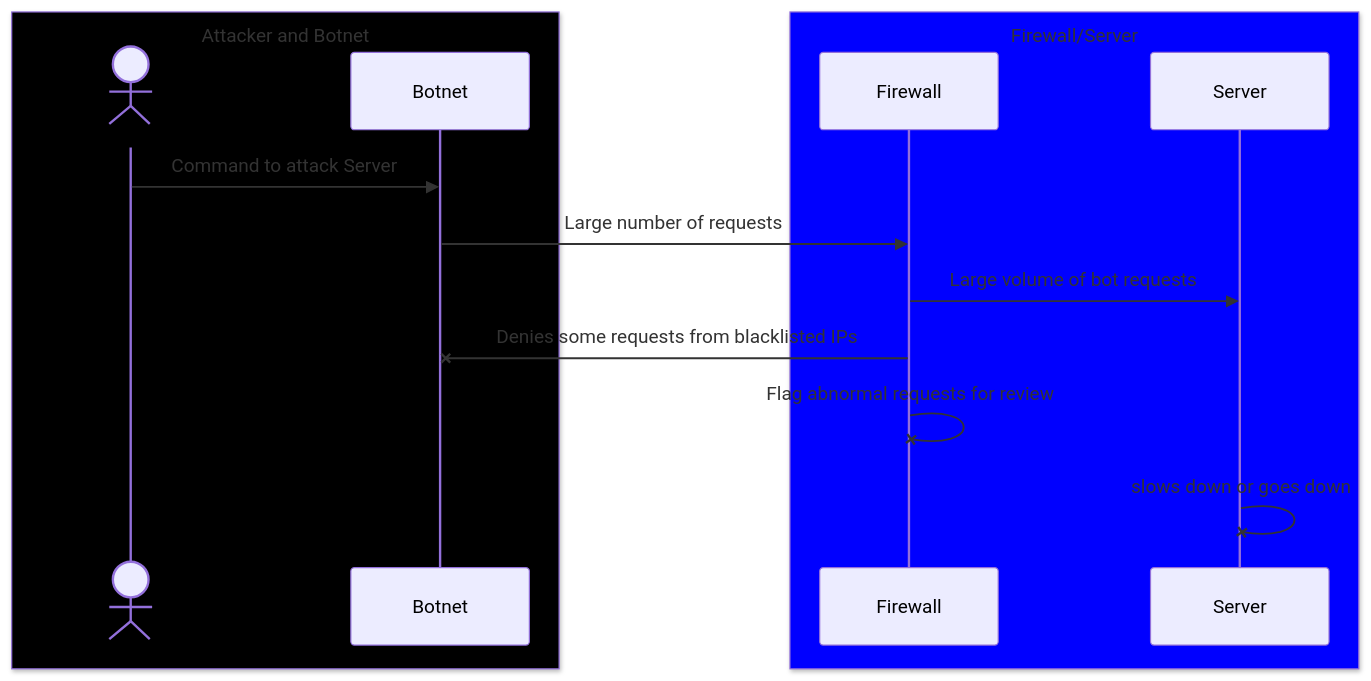
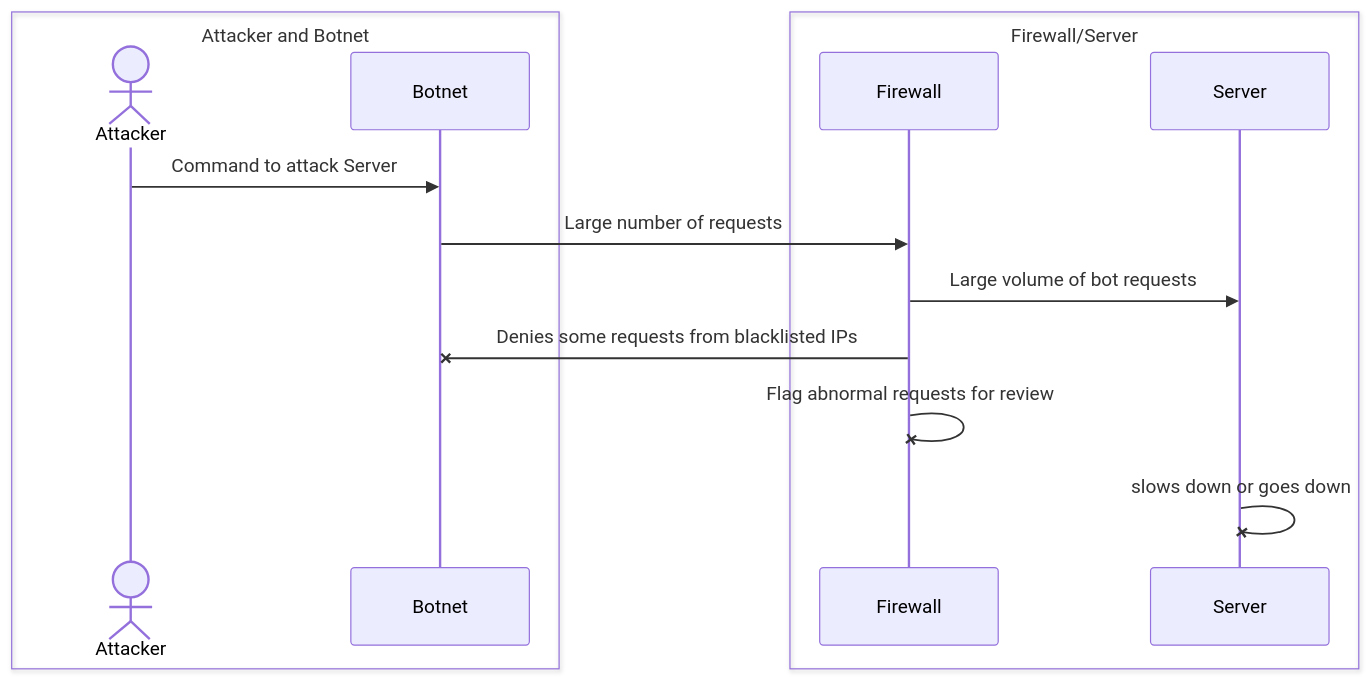
The diagram in DDoS_Attack_Sequence.md (JazPer72/JazPer72.github.io), drawn with Mermaid before and after one commit.

Commit message:
Update DDoS_Attack_Sequence.md
removed box color code to improve render in GitHub main

````diff
--- a/DDoS_Attack_Sequence.md
+++ b/DDoS_Attack_Sequence.md
@@ -3,18 +3,18 @@
 ```mermaid
 sequenceDiagram
-    box black Attacker and Botnet
+    box Attacker and Botnet
     actor Attacker
     participant Botnet
     end
-    box blue Firewall/Server
+    box Firewall/Server
     participant Firewall
     participant Server
     end
 
     Attacker->>Botnet: Command to attack Server
     Botnet->>Firewall: Large number of requests
     Firewall->>Server: Large volume of bot requests
     Firewall-xBotnet: Denies some requests from blacklisted IPs
     Firewall-xFirewall: Flag abnormal requests for review
     Server-xServer: slows down or goes down
 ```
````
